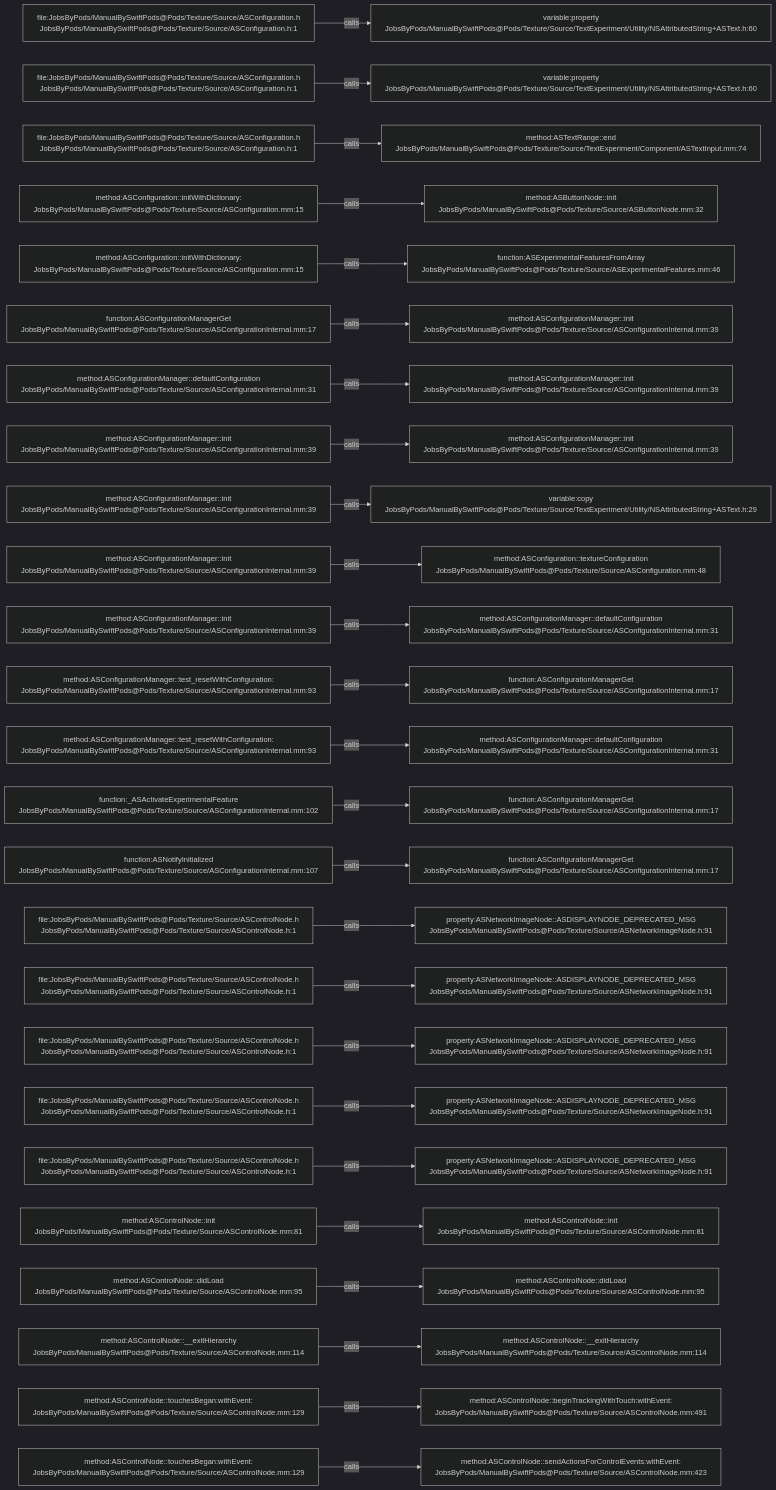
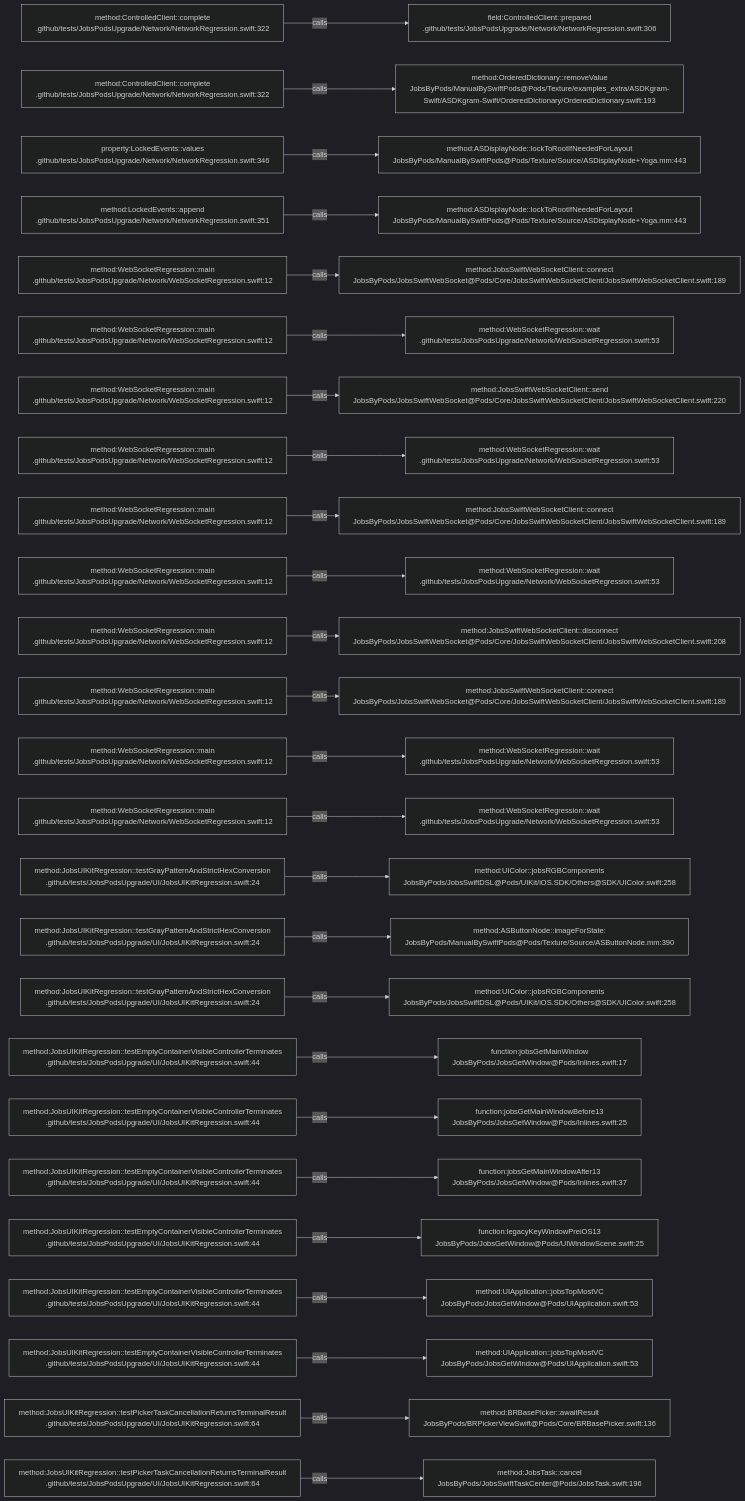
Before and after one commit to JobsKits/JobsSwiftBaseConfigDemo: the diagram in .codegraph/codegraph.md/graphs/calls-016.md, drawn with Mermaid (dark theme). The commit also changed 224 other files, not shown here.

````diff
--- a/.codegraph/codegraph.md/graphs/calls-016.md
+++ b/.codegraph/codegraph.md/graphs/calls-016.md
@@ -13,78 +13,78 @@
 ```mermaid
 flowchart LR
-  S1["file:JobsByPods/ManualBySwiftPods@Pods/Texture/Source/ASConfiguration.h<br/>JobsByPods/ManualBySwiftPods@Pods/Texture/Source/ASConfiguration.h:1"]
-  T1["variable:property<br/>JobsByPods/ManualBySwiftPods@Pods/Texture/Source/TextExperiment/Utility/NSAttributedString+ASText.h:60"]
+  S1["method:ControlledClient::complete<br/>.github/tests/JobsPodsUpgrade/Network/NetworkRegression.swift:322"]
+  T1["field:ControlledClient::prepared<br/>.github/tests/JobsPodsUpgrade/Network/NetworkRegression.swift:306"]
   S1 -->|calls| T1
-  S2["file:JobsByPods/ManualBySwiftPods@Pods/Texture/Source/ASConfiguration.h<br/>JobsByPods/ManualBySwiftPods@Pods/Texture/Source/ASConfiguration.h:1"]
-  T2["variable:property<br/>JobsByPods/ManualBySwiftPods@Pods/Texture/Source/TextExperiment/Utility/NSAttributedString+ASText.h:60"]
+  S2["method:ControlledClient::complete<br/>.github/tests/JobsPodsUpgrade/Network/NetworkRegression.swift:322"]
+  T2["method:OrderedDictionary::removeValue<br/>JobsByPods/ManualBySwiftPods@Pods/Texture/examples_extra/ASDKgram-Swift/ASDKgram-Swift/OrderedDictionary/OrderedDictionary.swift:193"]
   S2 -->|calls| T2
-  S3["file:JobsByPods/ManualBySwiftPods@Pods/Texture/Source/ASConfiguration.h<br/>JobsByPods/ManualBySwiftPods@Pods/Texture/Source/ASConfiguration.h:1"]
-  T3["method:ASTextRange::end<br/>JobsByPods/ManualBySwiftPods@Pods/Texture/Source/TextExperiment/Component/ASTextInput.mm:74"]
+  S3["property:LockedEvents::values<br/>.github/tests/JobsPodsUpgrade/Network/NetworkRegression.swift:346"]
+  T3["method:ASDisplayNode::lockToRootIfNeededForLayout<br/>JobsByPods/ManualBySwiftPods@Pods/Texture/Source/ASDisplayNode+Yoga.mm:443"]
   S3 -->|calls| T3
-  S4["method:ASConfiguration::initWithDictionary:<br/>JobsByPods/ManualBySwiftPods@Pods/Texture/Source/ASConfiguration.mm:15"]
-  T4["method:ASButtonNode::init<br/>JobsByPods/ManualBySwiftPods@Pods/Texture/Source/ASButtonNode.mm:32"]
+  S4["method:LockedEvents::append<br/>.github/tests/JobsPodsUpgrade/Network/NetworkRegression.swift:351"]
+  T4["method:ASDisplayNode::lockToRootIfNeededForLayout<br/>JobsByPods/ManualBySwiftPods@Pods/Texture/Source/ASDisplayNode+Yoga.mm:443"]
   S4 -->|calls| T4
-  S5["method:ASConfiguration::initWithDictionary:<br/>JobsByPods/ManualBySwiftPods@Pods/Texture/Source/ASConfiguration.mm:15"]
-  T5["function:ASExperimentalFeaturesFromArray<br/>JobsByPods/ManualBySwiftPods@Pods/Texture/Source/ASExperimentalFeatures.mm:46"]
+  S5["method:WebSocketRegression::main<br/>.github/tests/JobsPodsUpgrade/Network/WebSocketRegression.swift:12"]
+  T5["method:JobsSwiftWebSocketClient::connect<br/>JobsByPods/JobsSwiftWebSocket@Pods/Core/JobsSwiftWebSocketClient/JobsSwiftWebSocketClient.swift:189"]
   S5 -->|calls| T5
-  S6["function:ASConfigurationManagerGet<br/>JobsByPods/ManualBySwiftPods@Pods/Texture/Source/ASConfigurationInternal.mm:17"]
-  T6["method:ASConfigurationManager::init<br/>JobsByPods/ManualBySwiftPods@Pods/Texture/Source/ASConfigurationInternal.mm:39"]
+  S6["method:WebSocketRegression::main<br/>.github/tests/JobsPodsUpgrade/Network/WebSocketRegression.swift:12"]
+  T6["method:WebSocketRegression::wait<br/>.github/tests/JobsPodsUpgrade/Network/WebSocketRegression.swift:53"]
   S6 -->|calls| T6
-  S7["method:ASConfigurationManager::defaultConfiguration<br/>JobsByPods/ManualBySwiftPods@Pods/Texture/Source/ASConfigurationInternal.mm:31"]
-  T7["method:ASConfigurationManager::init<br/>JobsByPods/ManualBySwiftPods@Pods/Texture/Source/ASConfigurationInternal.mm:39"]
+  S7["method:WebSocketRegression::main<br/>.github/tests/JobsPodsUpgrade/Network/WebSocketRegression.swift:12"]
+  T7["method:JobsSwiftWebSocketClient::send<br/>JobsByPods/JobsSwiftWebSocket@Pods/Core/JobsSwiftWebSocketClient/JobsSwiftWebSocketClient.swift:220"]
   S7 -->|calls| T7
-  S8["method:ASConfigurationManager::init<br/>JobsByPods/ManualBySwiftPods@Pods/Texture/Source/ASConfigurationInternal.mm:39"]
-  T8["method:ASConfigurationManager::init<br/>JobsByPods/ManualBySwiftPods@Pods/Texture/Source/ASConfigurationInternal.mm:39"]
+  S8["method:WebSocketRegression::main<br/>.github/tests/JobsPodsUpgrade/Network/WebSocketRegression.swift:12"]
+  T8["method:WebSocketRegression::wait<br/>.github/tests/JobsPodsUpgrade/Network/WebSocketRegression.swift:53"]
   S8 -->|calls| T8
-  S9["method:ASConfigurationManager::init<br/>JobsByPods/ManualBySwiftPods@Pods/Texture/Source/ASConfigurationInternal.mm:39"]
-  T9["variable:copy<br/>JobsByPods/ManualBySwiftPods@Pods/Texture/Source/TextExperiment/Utility/NSAttributedString+ASText.h:29"]
+  S9["method:WebSocketRegression::main<br/>.github/tests/JobsPodsUpgrade/Network/WebSocketRegression.swift:12"]
+  T9["method:JobsSwiftWebSocketClient::connect<br/>JobsByPods/JobsSwiftWebSocket@Pods/Core/JobsSwiftWebSocketClient/JobsSwiftWebSocketClient.swift:189"]
   S9 -->|calls| T9
-  S10["method:ASConfigurationManager::init<br/>JobsByPods/ManualBySwiftPods@Pods/Texture/Source/ASConfigurationInternal.mm:39"]
-  T10["method:ASConfiguration::textureConfiguration<br/>JobsByPods/ManualBySwiftPods@Pods/Texture/Source/ASConfiguration.mm:48"]
+  S10["method:WebSocketRegression::main<br/>.github/tests/JobsPodsUpgrade/Network/WebSocketRegression.swift:12"]
+  T10["method:WebSocketRegression::wait<br/>.github/tests/JobsPodsUpgrade/Network/WebSocketRegression.swift:53"]
   S10 -->|calls| T10
-  S11["method:ASConfigurationManager::init<br/>JobsByPods/ManualBySwiftPods@Pods/Texture/Source/ASConfigurationInternal.mm:39"]
-  T11["method:ASConfigurationManager::defaultConfiguration<br/>JobsByPods/ManualBySwiftPods@Pods/Texture/Source/ASConfigurationInternal.mm:31"]
+  S11["method:WebSocketRegression::main<br/>.github/tests/JobsPodsUpgrade/Network/WebSocketRegression.swift:12"]
+  T11["method:JobsSwiftWebSocketClient::disconnect<br/>JobsByPods/JobsSwiftWebSocket@Pods/Core/JobsSwiftWebSocketClient/JobsSwiftWebSocketClient.swift:208"]
   S11 -->|calls| T11
-  S12["method:ASConfigurationManager::test_resetWithConfiguration:<br/>JobsByPods/ManualBySwiftPods@Pods/Texture/Source/ASConfigurationInternal.mm:93"]
-  T12["function:ASConfigurationManagerGet<br/>JobsByPods/ManualBySwiftPods@Pods/Texture/Source/ASConfigurationInternal.mm:17"]
+  S12["method:WebSocketRegression::main<br/>.github/tests/JobsPodsUpgrade/Network/WebSocketRegression.swift:12"]
+  T12["method:JobsSwiftWebSocketClient::connect<br/>JobsByPods/JobsSwiftWebSocket@Pods/Core/JobsSwiftWebSocketClient/JobsSwiftWebSocketClient.swift:189"]
   S12 -->|calls| T12
-  S13["method:ASConfigurationManager::test_resetWithConfiguration:<br/>JobsByPods/ManualBySwiftPods@Pods/Texture/Source/ASConfigurationInternal.mm:93"]
-  T13["method:ASConfigurationManager::defaultConfiguration<br/>JobsByPods/ManualBySwiftPods@Pods/Texture/Source/ASConfigurationInternal.mm:31"]
+  S13["method:WebSocketRegression::main<br/>.github/tests/JobsPodsUpgrade/Network/WebSocketRegression.swift:12"]
+  T13["method:WebSocketRegression::wait<br/>.github/tests/JobsPodsUpgrade/Network/WebSocketRegression.swift:53"]
   S13 -->|calls| T13
-  S14["function:_ASActivateExperimentalFeature<br/>JobsByPods/ManualBySwiftPods@Pods/Texture/Source/ASConfigurationInternal.mm:102"]
-  T14["function:ASConfigurationManagerGet<br/>JobsByPods/ManualBySwiftPods@Pods/Texture/Source/ASConfigurationInternal.mm:17"]
+  S14["method:WebSocketRegression::main<br/>.github/tests/JobsPodsUpgrade/Network/WebSocketRegression.swift:12"]
+  T14["method:WebSocketRegression::wait<br/>.github/tests/JobsPodsUpgrade/Network/WebSocketRegression.swift:53"]
   S14 -->|calls| T14
-  S15["function:ASNotifyInitialized<br/>JobsByPods/ManualBySwiftPods@Pods/Texture/Source/ASConfigurationInternal.mm:107"]
-  T15["function:ASConfigurationManagerGet<br/>JobsByPods/ManualBySwiftPods@Pods/Texture/Source/ASConfigurationInternal.mm:17"]
+  S15["method:JobsUIKitRegression::testGrayPatternAndStrictHexConversion<br/>.github/tests/JobsPodsUpgrade/UI/JobsUIKitRegression.swift:24"]
+  T15["method:UIColor::jobsRGBComponents<br/>JobsByPods/JobsSwiftDSL@Pods/UIKit/iOS.SDK/Others@SDK/UIColor.swift:258"]
   S15 -->|calls| T15
-  S16["file:JobsByPods/ManualBySwiftPods@Pods/Texture/Source/ASControlNode.h<br/>JobsByPods/ManualBySwiftPods@Pods/Texture/Source/ASControlNode.h:1"]
-  T16["property:ASNetworkImageNode::ASDISPLAYNODE_DEPRECATED_MSG<br/>JobsByPods/ManualBySwiftPods@Pods/Texture/Source/ASNetworkImageNode.h:91"]
+  S16["method:JobsUIKitRegression::testGrayPatternAndStrictHexConversion<br/>.github/tests/JobsPodsUpgrade/UI/JobsUIKitRegression.swift:24"]
+  T16["method:ASButtonNode::imageForState:<br/>JobsByPods/ManualBySwiftPods@Pods/Texture/Source/ASButtonNode.mm:390"]
   S16 -->|calls| T16
-  S17["file:JobsByPods/ManualBySwiftPods@Pods/Texture/Source/ASControlNode.h<br/>JobsByPods/ManualBySwiftPods@Pods/Texture/Source/ASControlNode.h:1"]
-  T17["property:ASNetworkImageNode::ASDISPLAYNODE_DEPRECATED_MSG<br/>JobsByPods/ManualBySwiftPods@Pods/Texture/Source/ASNetworkImageNode.h:91"]
+  S17["method:JobsUIKitRegression::testGrayPatternAndStrictHexConversion<br/>.github/tests/JobsPodsUpgrade/UI/JobsUIKitRegression.swift:24"]
+  T17["method:UIColor::jobsRGBComponents<br/>JobsByPods/JobsSwiftDSL@Pods/UIKit/iOS.SDK/Others@SDK/UIColor.swift:258"]
   S17 -->|calls| T17
-  S18["file:JobsByPods/ManualBySwiftPods@Pods/Texture/Source/ASControlNode.h<br/>JobsByPods/ManualBySwiftPods@Pods/Texture/Source/ASControlNode.h:1"]
-  T18["property:ASNetworkImageNode::ASDISPLAYNODE_DEPRECATED_MSG<br/>JobsByPods/ManualBySwiftPods@Pods/Texture/Source/ASNetworkImageNode.h:91"]
+  S18["method:JobsUIKitRegression::testEmptyContainerVisibleControllerTerminates<br/>.github/tests/JobsPodsUpgrade/UI/JobsUIKitRegression.swift:44"]
+  T18["function:jobsGetMainWindow<br/>JobsByPods/JobsGetWindow@Pods/Inlines.swift:17"]
   S18 -->|calls| T18
-  S19["file:JobsByPods/ManualBySwiftPods@Pods/Texture/Source/ASControlNode.h<br/>JobsByPods/ManualBySwiftPods@Pods/Texture/Source/ASControlNode.h:1"]
-  T19["property:ASNetworkImageNode::ASDISPLAYNODE_DEPRECATED_MSG<br/>JobsByPods/ManualBySwiftPods@Pods/Texture/Source/ASNetworkImageNode.h:91"]
+  S19["method:JobsUIKitRegression::testEmptyContainerVisibleControllerTerminates<br/>.github/tests/JobsPodsUpgrade/UI/JobsUIKitRegression.swift:44"]
+  T19["function:jobsGetMainWindowBefore13<br/>JobsByPods/JobsGetWindow@Pods/Inlines.swift:25"]
   S19 -->|calls| T19
-  S20["file:JobsByPods/ManualBySwiftPods@Pods/Texture/Source/ASControlNode.h<br/>JobsByPods/ManualBySwiftPods@Pods/Texture/Source/ASControlNode.h:1"]
-  T20["property:ASNetworkImageNode::ASDISPLAYNODE_DEPRECATED_MSG<br/>JobsByPods/ManualBySwiftPods@Pods/Texture/Source/ASNetworkImageNode.h:91"]
+  S20["method:JobsUIKitRegression::testEmptyContainerVisibleControllerTerminates<br/>.github/tests/JobsPodsUpgrade/UI/JobsUIKitRegression.swift:44"]
+  T20["function:jobsGetMainWindowAfter13<br/>JobsByPods/JobsGetWindow@Pods/Inlines.swift:37"]
   S20 -->|calls| T20
-  S21["method:ASControlNode::init<br/>JobsByPods/ManualBySwiftPods@Pods/Texture/Source/ASControlNode.mm:81"]
-  T21["method:ASControlNode::init<br/>JobsByPods/ManualBySwiftPods@Pods/Texture/Source/ASControlNode.mm:81"]
+  S21["method:JobsUIKitRegression::testEmptyContainerVisibleControllerTerminates<br/>.github/tests/JobsPodsUpgrade/UI/JobsUIKitRegression.swift:44"]
+  T21["function:legacyKeyWindowPreiOS13<br/>JobsByPods/JobsGetWindow@Pods/UIWindowScene.swift:25"]
   S21 -->|calls| T21
-  S22["method:ASControlNode::didLoad<br/>JobsByPods/ManualBySwiftPods@Pods/Texture/Source/ASControlNode.mm:95"]
-  T22["method:ASControlNode::didLoad<br/>JobsByPods/ManualBySwiftPods@Pods/Texture/Source/ASControlNode.mm:95"]
+  S22["method:JobsUIKitRegression::testEmptyContainerVisibleControllerTerminates<br/>.github/tests/JobsPodsUpgrade/UI/JobsUIKitRegression.swift:44"]
+  T22["method:UIApplication::jobsTopMostVC<br/>JobsByPods/JobsGetWindow@Pods/UIApplication.swift:53"]
   S22 -->|calls| T22
-  S23["method:ASControlNode::__exitHierarchy<br/>JobsByPods/ManualBySwiftPods@Pods/Texture/Source/ASControlNode.mm:114"]
-  T23["method:ASControlNode::__exitHierarchy<br/>JobsByPods/ManualBySwiftPods@Pods/Texture/Source/ASControlNode.mm:114"]
+  S23["method:JobsUIKitRegression::testEmptyContainerVisibleControllerTerminates<br/>.github/tests/JobsPodsUpgrade/UI/JobsUIKitRegression.swift:44"]
+  T23["method:UIApplication::jobsTopMostVC<br/>JobsByPods/JobsGetWindow@Pods/UIApplication.swift:53"]
   S23 -->|calls| T23
-  S24["method:ASControlNode::touchesBegan:withEvent:<br/>JobsByPods/ManualBySwiftPods@Pods/Texture/Source/ASControlNode.mm:129"]
-  T24["method:ASControlNode::beginTrackingWithTouch:withEvent:<br/>JobsByPods/ManualBySwiftPods@Pods/Texture/Source/ASControlNode.mm:491"]
+  S24["method:JobsUIKitRegression::testPickerTaskCancellationReturnsTerminalResult<br/>.github/tests/JobsPodsUpgrade/UI/JobsUIKitRegression.swift:64"]
+  T24["method:BRBasePicker::awaitResult<br/>JobsByPods/BRPickerViewSwift@Pods/Core/BRBasePicker.swift:136"]
   S24 -->|calls| T24
-  S25["method:ASControlNode::touchesBegan:withEvent:<br/>JobsByPods/ManualBySwiftPods@Pods/Texture/Source/ASControlNode.mm:129"]
-  T25["method:ASControlNode::sendActionsForControlEvents:withEvent:<br/>JobsByPods/ManualBySwiftPods@Pods/Texture/Source/ASControlNode.mm:423"]
+  S25["method:JobsUIKitRegression::testPickerTaskCancellationReturnsTerminalResult<br/>.github/tests/JobsPodsUpgrade/UI/JobsUIKitRegression.swift:64"]
+  T25["method:JobsTask::cancel<br/>JobsByPods/JobsSwiftTaskCenter@Pods/JobsTask.swift:196"]
   S25 -->|calls| T25
 ```
````
